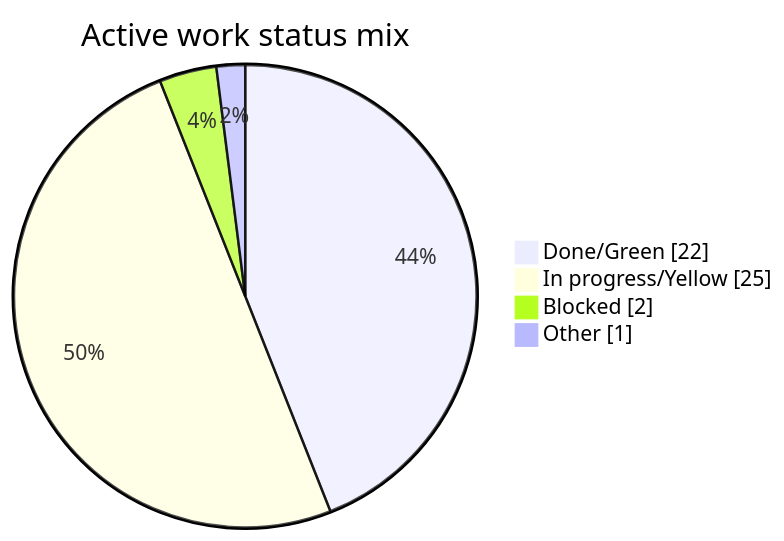
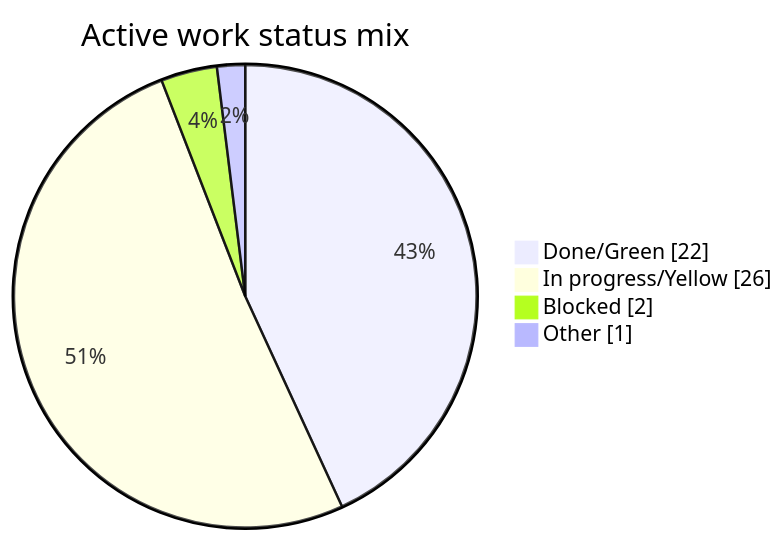
Before and after one commit to AliHamed17/vego-ai-research: the second of 7 diagrams in docs/confluence/outbox/vego-ai-progress-dashboard.md, drawn with Mermaid. The commit also changed other lines of this file and 8 other files, not shown here.

````diff
--- a/docs/confluence/outbox/vego-ai-progress-dashboard.md
+++ b/docs/confluence/outbox/vego-ai-progress-dashboard.md
@@ -165,8 +165,8 @@
 ```mermaid
 pie showData
     title Active work status mix
     "Done/Green" : 22
-    "In progress/Yellow" : 25
+    "In progress/Yellow" : 26
     "Blocked" : 2
     "Other" : 1
 ```
````
